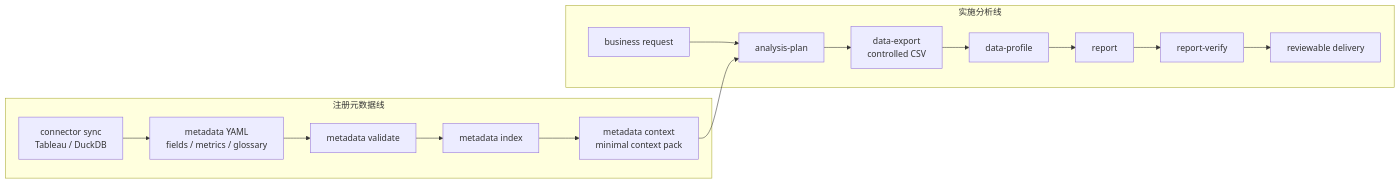
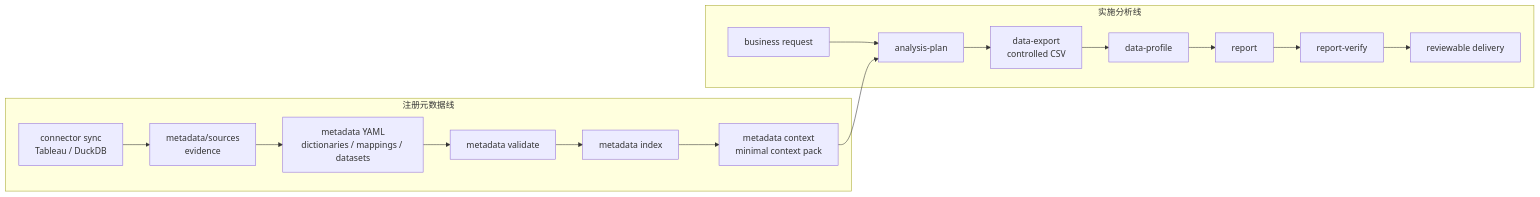
The first of 3 diagrams in docs/architecture.md (dabaige53/RealAnalyst), drawn with Mermaid before and after one commit. The commit also changed other lines of this file and 27 other files, not shown here.

Commit message:
Define layered metadata YAML structure

````diff
--- a/docs/architecture.md
+++ b/docs/architecture.md
@@ -7,20 +7,21 @@
 ```mermaid
 flowchart LR
     subgraph Register["注册元数据线"]
-        Sync["connector sync<br/>Tableau / DuckDB"] --> YAML["metadata YAML<br/>fields / metrics / glossary"]
+        Sync["connector sync<br/>Tableau / DuckDB"] --> Sources["metadata/sources<br/>evidence"]
+        Sources --> YAML["metadata YAML<br/>dictionaries / mappings / datasets"]
         YAML --> Validate["metadata validate"]
         Validate --> Index["metadata index"]
         Index --> Context["metadata context<br/>minimal context pack"]
     end
 
     subgraph Run["实施分析线"]
         Request["business request"] --> Plan["analysis-plan"]
         Plan --> Export["data-export<br/>controlled CSV"]
         Export --> Profile["data-profile"]
         Profile --> Report["report"]
         Report --> Verify["report-verify"]
         Verify --> Delivery["reviewable delivery"]
     end
 
     Context --> Plan
 ```
````
